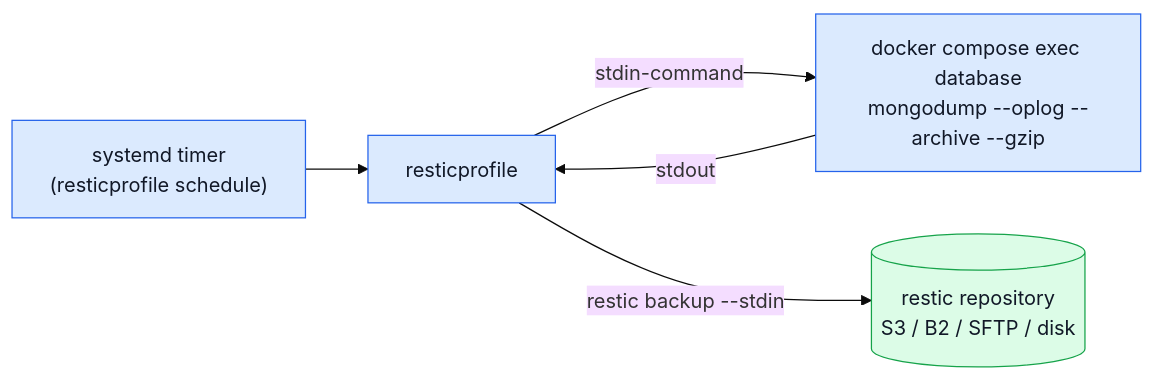
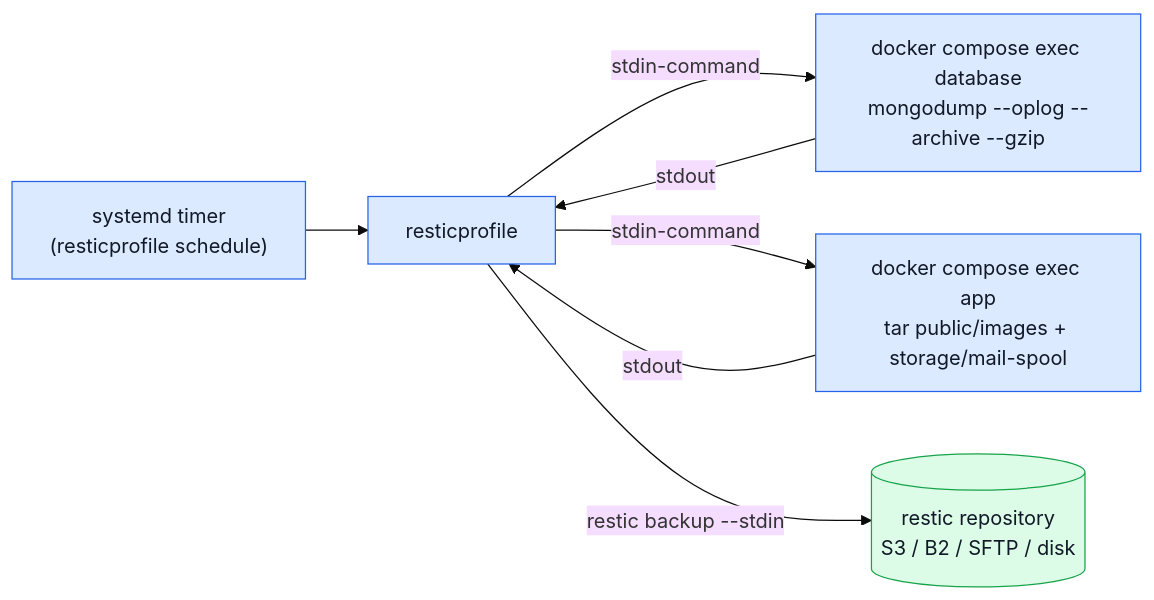
Before and after one commit to Guebbit/boilerplate-node-backend: the diagram in docs/tools/backups.md, drawn with Mermaid (base theme). The commit also changed other lines of this file and 1 other file, not shown here.

First line of the commit message:
docs(backups): back up the uploads and mail-spool volumes too (OS-1 A)

````diff
--- a/docs/tools/backups.md
+++ b/docs/tools/backups.md
@@ -7,12 +7,14 @@
 ```mermaid
 flowchart LR
     Cron["systemd timer\n(resticprofile schedule)"] --> RP["resticprofile"]
     RP -->|"stdin-command"| Dump["docker compose exec database\nmongodump --oplog --archive --gzip"]
+    RP -->|"stdin-command"| Files["docker compose exec app\ntar public/images + storage/mail-spool"]
     Dump -->|"stdout"| RP
+    Files -->|"stdout"| RP
     RP -->|"restic backup --stdin"| Repo[("restic repository\nS3 / B2 / SFTP / disk")]
 
     classDef proc fill:#dbeafe,stroke:#2563eb,color:#111827;
     classDef store fill:#dcfce7,stroke:#16a34a,color:#111827;
-    class Cron,RP,Dump proc;
+    class Cron,RP,Dump,Files proc;
     class Repo store;
 ```
````
